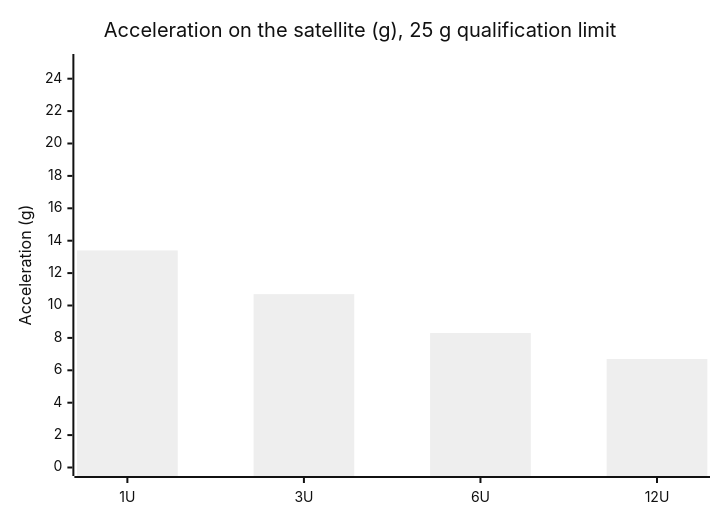
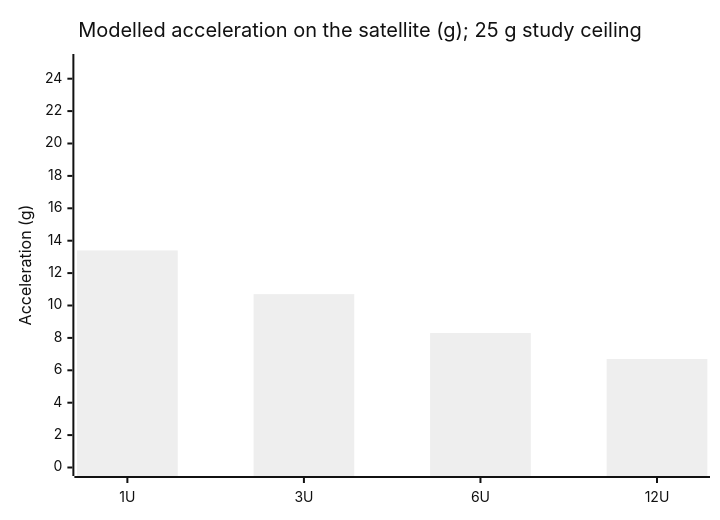
Before and after one commit to aaaaaaaaaaaavm/VOLLEY: the fourth of 11 diagrams in docs/RESULTS.md, drawn with Mermaid (neutral theme). The commit also changed other lines of this file and 229 other files, not shown here.

````diff
--- a/docs/RESULTS.md
+++ b/docs/RESULTS.md
@@ -120,7 +120,7 @@
 ```mermaid
 xychart-beta
-    title "Acceleration on the satellite (g), 25 g qualification limit"
+    title "Modelled acceleration on the satellite (g); 25 g study ceiling"
     x-axis ["1U", "3U", "6U", "12U"]
     y-axis "Acceleration (g)" 0 --> 25
     bar [13.4, 10.7, 8.3, 6.7]
 ```
````
